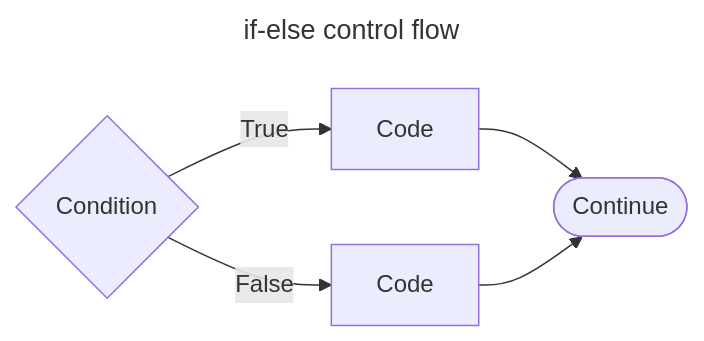
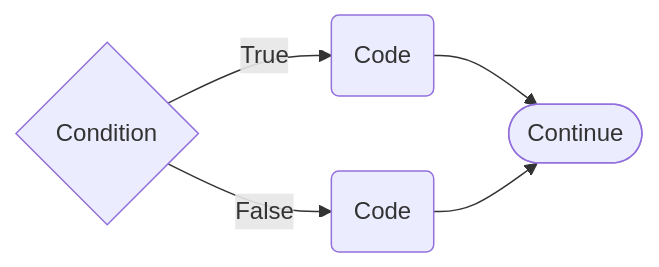
Before and after one commit to jhwohlgemuth/python-novice: the second of 3 diagrams in episodes/03_variables_and_logic.Rmd, drawn with Mermaid. The commit also changed other lines of this file, not shown here.

Commit message:
fix: Update a11y of mermaid diagrams

````diff
--- a/episodes/03_variables_and_logic.Rmd
+++ b/episodes/03_variables_and_logic.Rmd
@@ -52,16 +47,12 @@
 ```mermaid
----
-title: if-else control flow
-accTitle: if-else control flow
----
-
 flowchart LR
+    accTitle: {if-else control flow}
     A{"Condition"}
-    B["Code"]
-    C["Code"]
+    B("Code")
+    C("Code")
     D([Continue])
     A -- True --> B
     A -- False --> C
     B --> D
     C --> D
 ```
````
